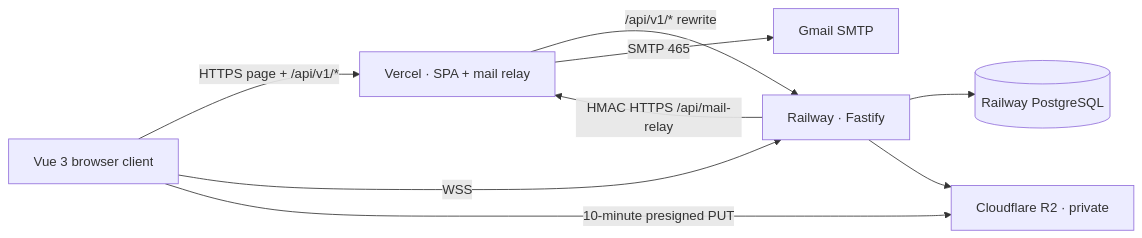
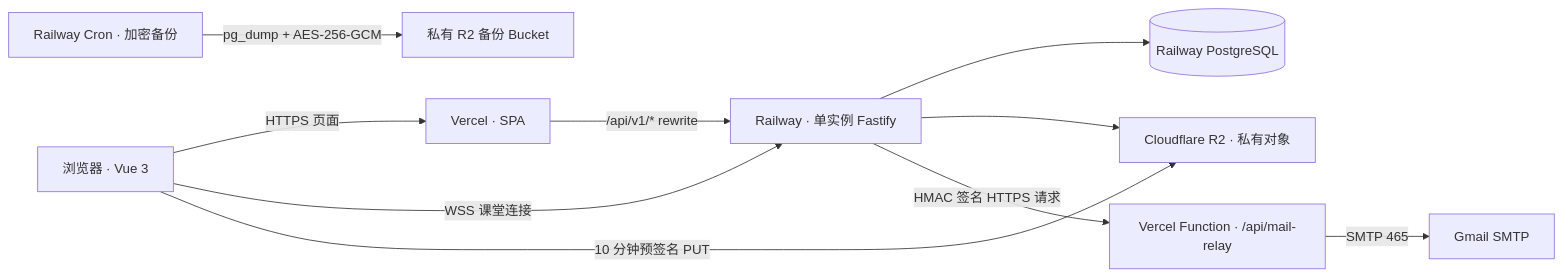
One commit to computersciencefreshmen/International_Chinese_Platform changed the second of 2 diagrams in README.md. Above: the diagram before and after it, drawn with Mermaid. The commit also changed other lines of this file and 7 other files, not shown here.

````diff
--- a/README.md
+++ b/README.md
@@ -21,11 +212,22 @@
 ```mermaid
 flowchart LR
-  Browser["Vue 3 browser client"] -->|"HTTPS page + /api/v1/*"| Vercel["Vercel · SPA + mail relay"]
-  Vercel -->|"/api/v1/* rewrite"| API["Railway · Fastify"]
-  Browser -->|"WSS"| API
-  Browser -->|"10-minute presigned PUT"| R2["Cloudflare R2 · private"]
-  API --> PG[(Railway PostgreSQL)]
+  Browser["浏览器 · Vue 3"]
+  Vercel["Vercel · SPA"]
+  API["Railway · 单实例 Fastify"]
+  PG[("Railway PostgreSQL")]
+  R2["Cloudflare R2 · 私有对象"]
+  Relay["Vercel Function · /api/mail-relay"]
+  Gmail["Gmail SMTP"]
+  Backup["Railway Cron · 加密备份"]
+  BackupBucket["私有 R2 备份 Bucket"]
+
+  Browser -->|"HTTPS 页面"| Vercel
+  Vercel -->|"/api/v1/* rewrite"| API
+  Browser -->|"WSS 课堂连接"| API
+  Browser -->|"10 分钟预签名 PUT"| R2
+  API --> PG
   API --> R2
-  API -->|"HMAC HTTPS /api/mail-relay"| Vercel
-  Vercel -->|"SMTP 465"| Gmail["Gmail SMTP"]
+  API -->|"HMAC 签名 HTTPS 请求"| Relay
+  Relay -->|"SMTP 465"| Gmail
+  Backup -->|"pg_dump + AES-256-GCM"| BackupBucket
 ```
````
